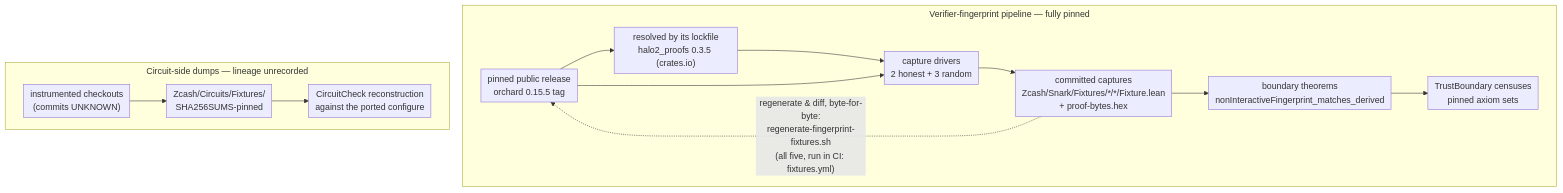
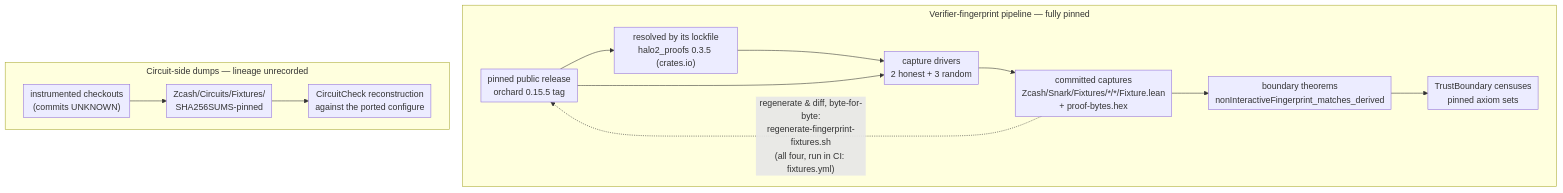
Before and after one commit to daira/ironwood: the diagram in book/src/formal-verification/trust-boundary.md, drawn with Mermaid. The commit also changed other lines of this file and 18 other files, not shown here.

````diff
--- a/book/src/formal-verification/trust-boundary.md
+++ b/book/src/formal-verification/trust-boundary.md
@@ -152,22 +151,22 @@
 ```mermaid
 %%{init: {"flowchart": {"nodeSpacing": 24, "rankSpacing": 42, "padding": 6, "diagramPadding": 4, "subGraphTitleMargin": {"top": 4, "bottom": 14}}, "themeCSS": ".cluster-label { font-weight: 700; font-family: raleway, sans-serif; }"}}%%
 flowchart TD
   subgraph FP["Verifier-fingerprint pipeline — fully pinned"]
     PINS["pinned public release<br/>orchard 0.15.5 tag"]
     CRATE["resolved by its lockfile<br/>halo2_proofs 0.3.5 (crates.io)"]
     DRIVERS["capture drivers<br/>2 honest + 3 random"]
     FIX["committed captures<br/>Zcash/Snark/Fixtures/*/*/Fixture.lean<br/>+ proof-bytes.hex"]
     THM["boundary theorems<br/>nonInteractiveFingerprint_matches_derived"]
     CENSUS["TrustBoundary censuses<br/>pinned axiom sets"]
     PINS --> CRATE --> DRIVERS
     PINS --> DRIVERS
     DRIVERS --> FIX --> THM --> CENSUS
-    FIX -. "regenerate &amp; diff, byte-for-byte:<br/>regenerate-fingerprint-fixtures.sh<br/>(all five, run in CI: fixtures.yml)" .-> PINS
+    FIX -. "regenerate &amp; diff, byte-for-byte:<br/>regenerate-fingerprint-fixtures.sh<br/>(all four, run in CI: fixtures.yml)" .-> PINS
   end
   subgraph CS["Circuit-side dumps — lineage unrecorded"]
     INST["instrumented checkouts<br/>(commits UNKNOWN)"]
     DUMPS["Zcash/Circuits/Fixtures/<br/>SHA256SUMS-pinned"]
     CHECK["CircuitCheck reconstruction<br/>against the ported configure"]
     INST --> DUMPS --> CHECK
   end
 ```
````
